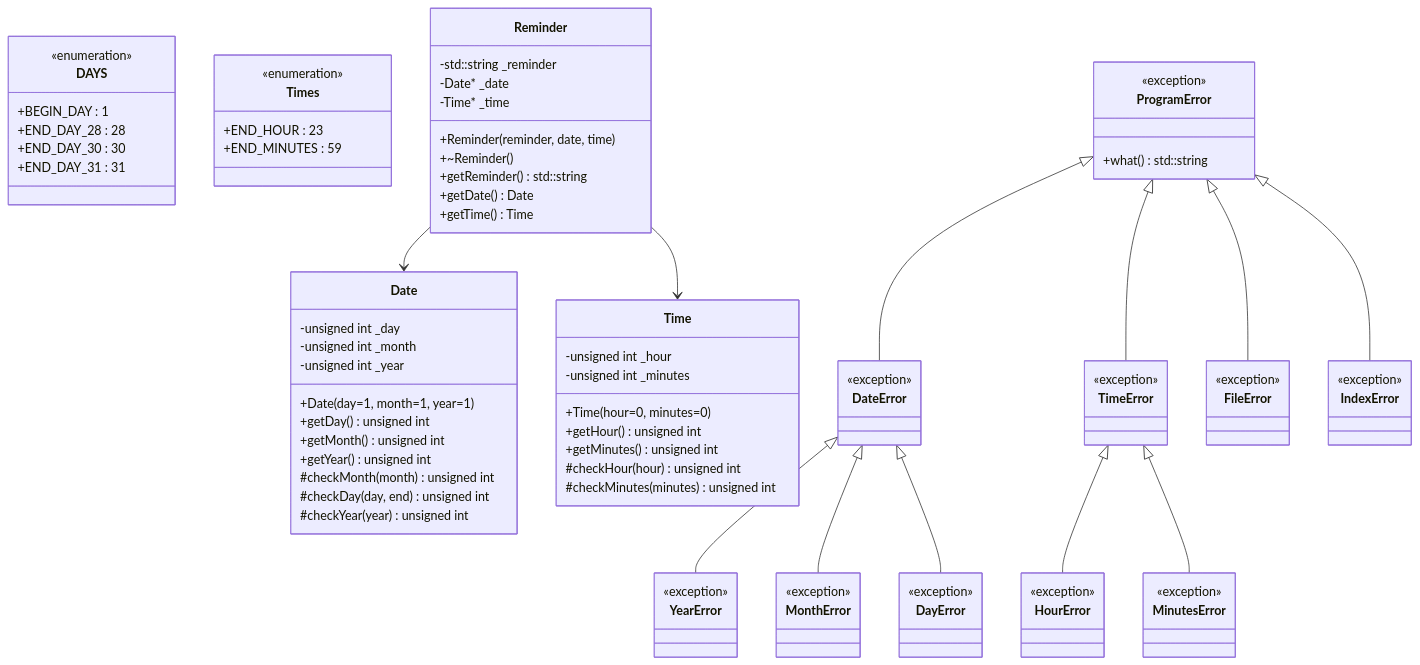
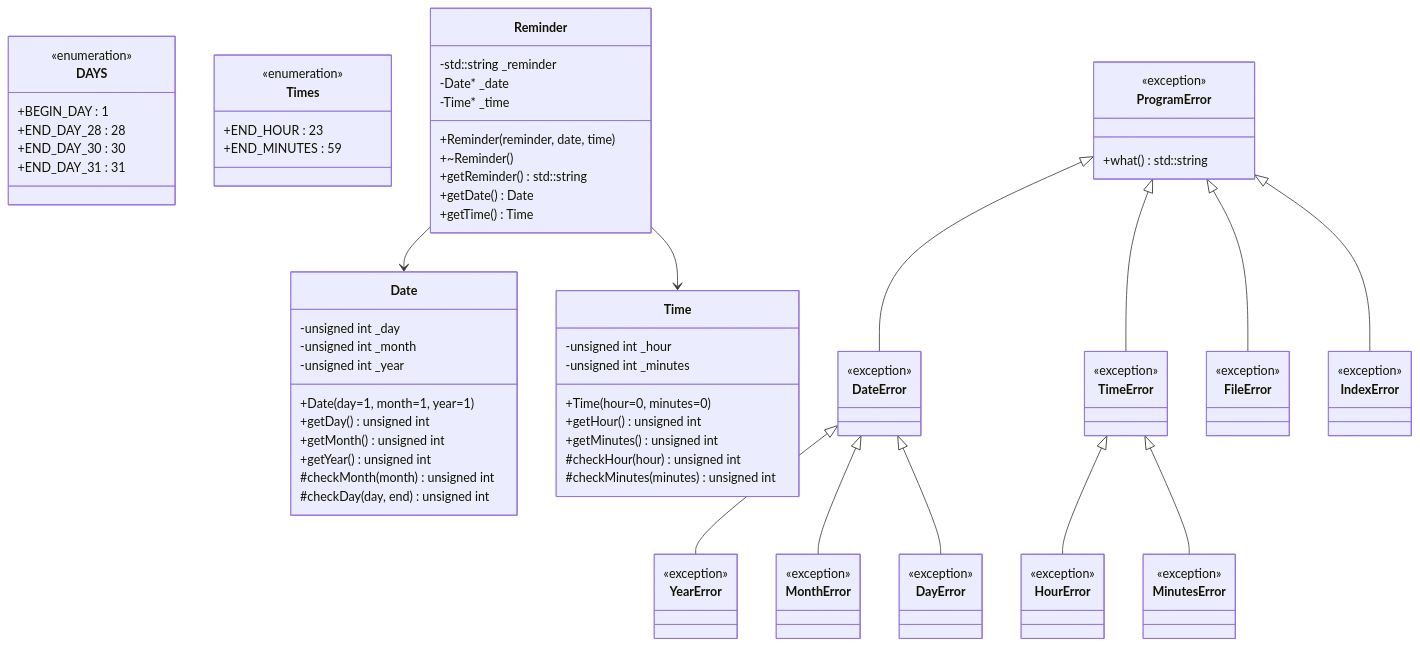
The diagram in README.md (PerevoznikovLeonid/ReminderApp), drawn with Mermaid before and after one commit. The commit also changed other lines of this file, not shown here.

```diff
--- a/README.md
+++ b/README.md
@@ -40,7 +40,6 @@
         +getYear() unsigned int
         #checkMonth(month) unsigned int
         #checkDay(day, end) unsigned int
-        #checkYear(year) unsigned int
     }
     
     class Time {
```
